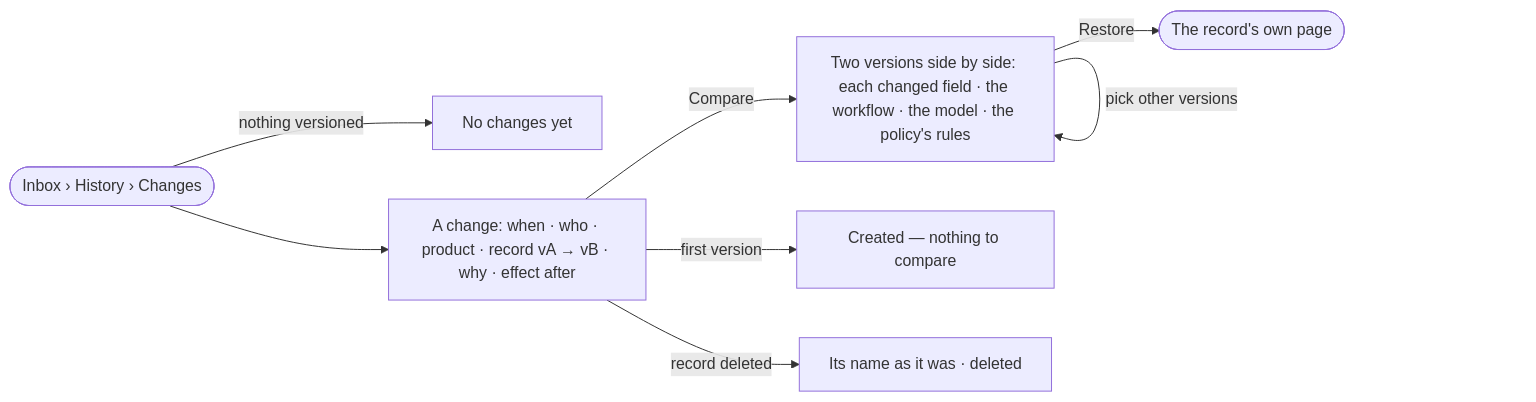
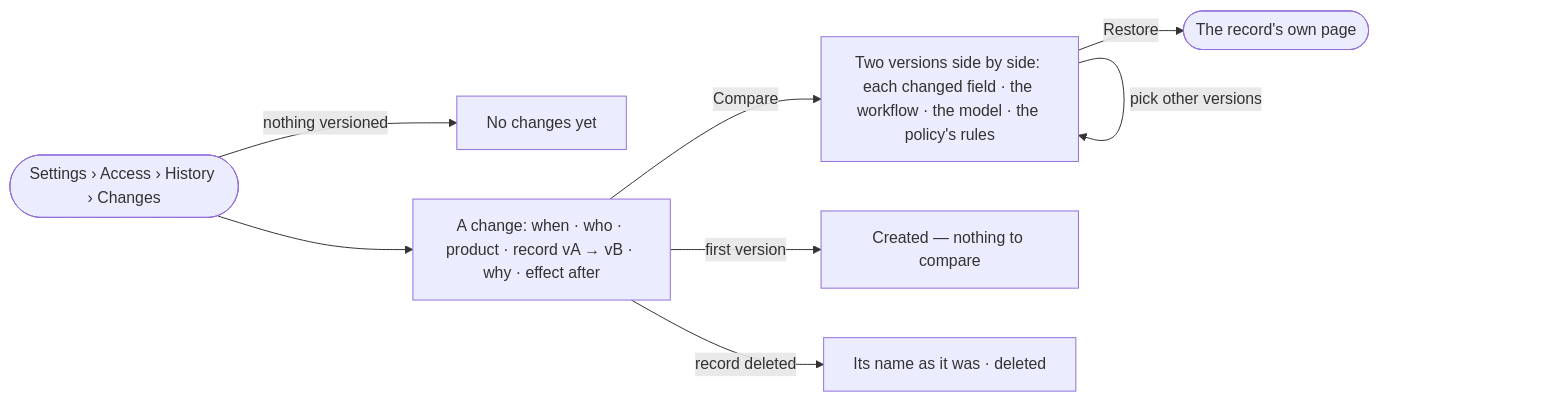
The diagram in specs/os/access/features/AC-F06-history/stories/AC-17-see-every-change-and-compare-two-versions/story.md (invana/invana), drawn with Mermaid before and after one commit. The commit also changed 106 other files, not shown here.

````diff
--- a/specs/os/access/features/AC-F06-history/stories/AC-17-see-every-change-and-compare-two-versions/story.md
+++ b/specs/os/access/features/AC-F06-history/stories/AC-17-see-every-change-and-compare-two-versions/story.md
@@ -27,10 +27,10 @@
 ```mermaid
 flowchart LR
-  s([Inbox › History › Changes]) -->|nothing versioned| e["No changes yet"]
+  s([Settings › Access › History › Changes]) -->|nothing versioned| e["No changes yet"]
   s --> c["A change: when · who · product · record vA → vB · why · effect after"]
   c -->|Compare| cmp["Two versions side by side: each changed field · the workflow · the model · the policy's rules"]
   cmp -->|pick other versions| cmp
   c -->|first version| one["Created — nothing to compare"]
   c -->|record deleted| del["Its name as it was · deleted"]
   cmp -->|Restore| own(["The record's own page"])
 ```
````
